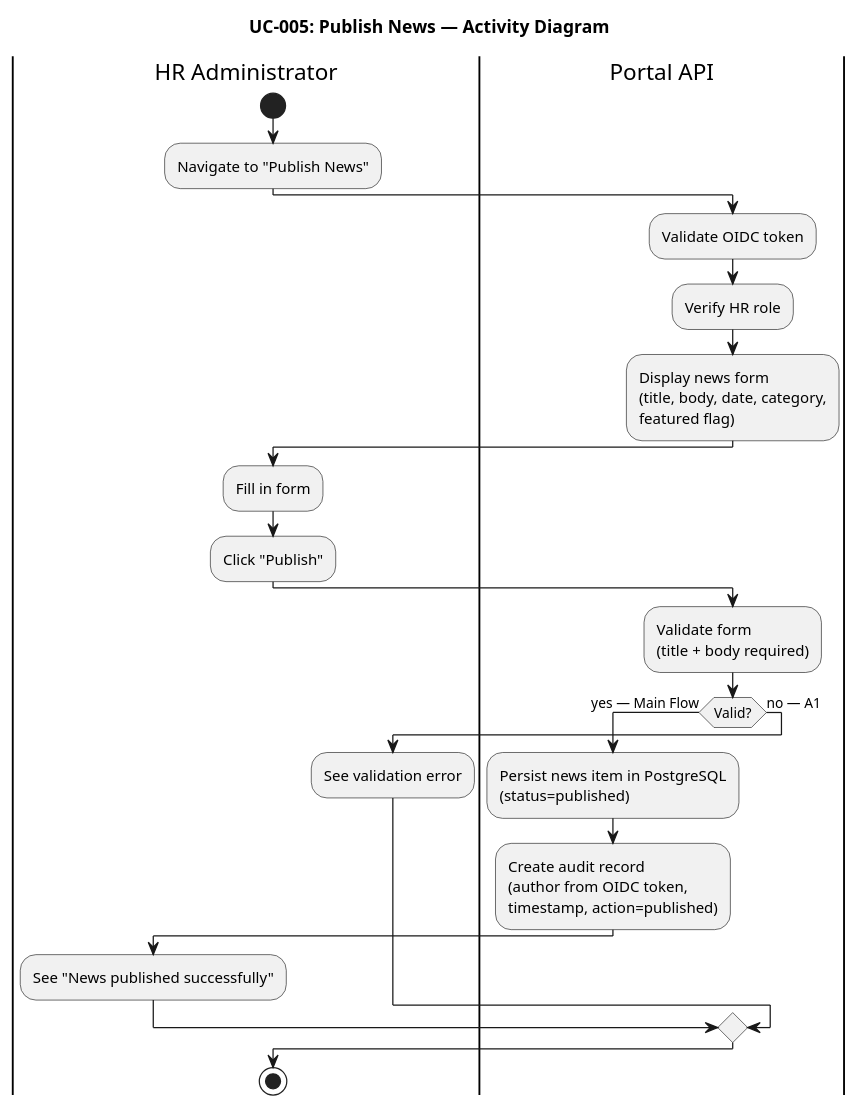
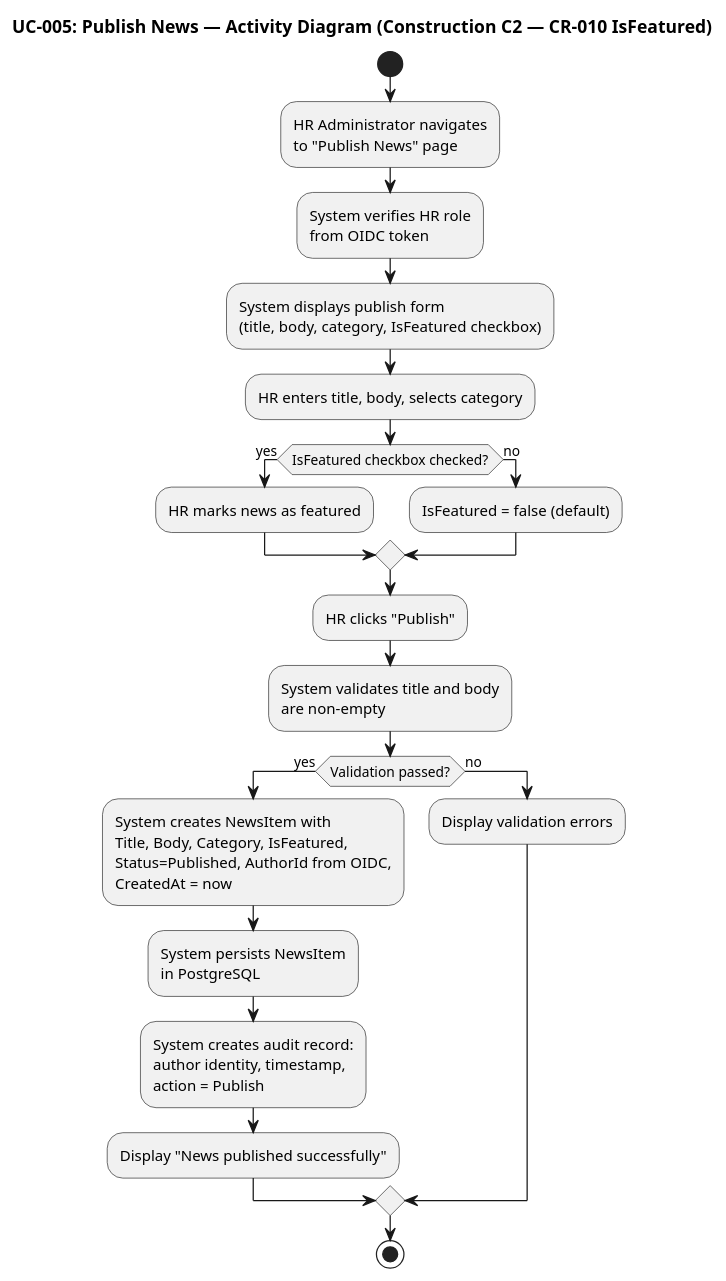
One commit to banense-test/portal-cuba-corp changed the sixth of 12 diagrams in docs/artifacts/requirements/use-case-model.md. Above: the diagram before and after it, drawn with PlantUML. The commit also changed other lines of this file, not shown here.

First line of the commit message:
System Analyst [C2]: upsert Use-Case Model

````diff
--- a/docs/artifacts/requirements/use-case-model.md
+++ b/docs/artifacts/requirements/use-case-model.md
@@ -421,28 +350,37 @@
 ```plantuml
 @startuml
-title UC-005: Publish News — Activity Diagram
+title UC-005: Publish News — Activity Diagram (Construction C2 — CR-010 IsFeatured)
 
-|HR Administrator|
 start
-:Navigate to "Publish News";
-|Portal API|
-:Validate OIDC token;
-:Verify HR role;
-:Display news form\n(title, body, date, category,\nfeatured flag);
-|HR Administrator|
-:Fill in form;
-:Click "Publish";
-|Portal API|
-:Validate form\n(title + body required);
-if (Valid?) then (yes — Main Flow)
-  :Persist news item in PostgreSQL\n(status=published);
-  :Create audit record\n(author from OIDC token,\ntimestamp, action=published);
-  |HR Administrator|
-  :See "News published successfully";
-else (no — A1)
-  |HR Administrator|
-  :See validation error;
+:HR Administrator navigates
+to "Publish News" page;
+:System verifies HR role
+from OIDC token;
+:System displays publish form
+(title, body, category, IsFeatured checkbox);
+:HR enters title, body, selects category;
+if (IsFeatured checkbox checked?) then (yes)
+  :HR marks news as featured;
+else (no)
+  :IsFeatured = false (default);
+endif
+:HR clicks "Publish";
+:System validates title and body
+are non-empty;
+if (Validation passed?) then (yes)
+  :System creates NewsItem with
+  Title, Body, Category, IsFeatured,
+  Status=Published, AuthorId from OIDC,
+  CreatedAt = now;
+  :System persists NewsItem
+  in PostgreSQL;
+  :System creates audit record:
+  author identity, timestamp,
+  action = Publish;
+  :Display "News published successfully";
+else (no)
+  :Display validation errors;
 endif
 stop
 @enduml
 ```
````
